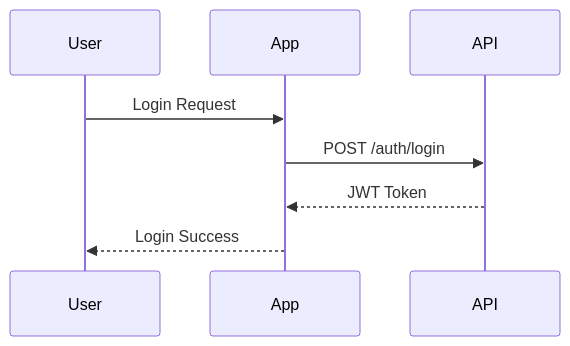
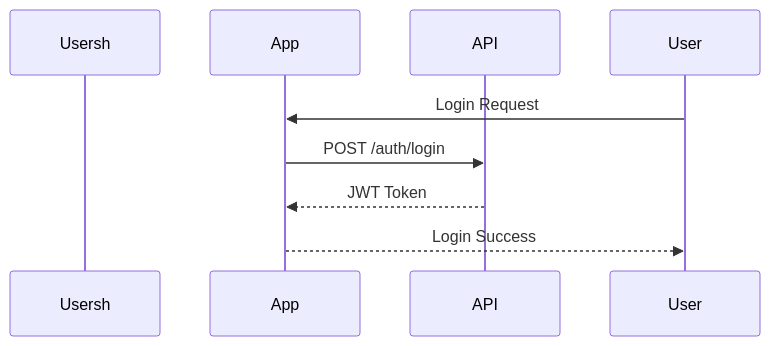
The first of 2 diagrams in demo/02-sequence-examples.md (GSejas/mermaid-export-pro), drawn with Mermaid before and after one commit. The commit also changed 37 other files, not shown here.

````diff
--- a/demo/02-sequence-examples.md
+++ b/demo/02-sequence-examples.md
@@ -7,11 +7,11 @@
 ```mermaid
 sequenceDiagram
-    participant User
+    participant Usersh
     participant App
     participant API
     
     User->>App: Login Request
     App->>API: POST /auth/login
     API-->>App: JWT Token
     App-->>User: Login Success
 ```
````
